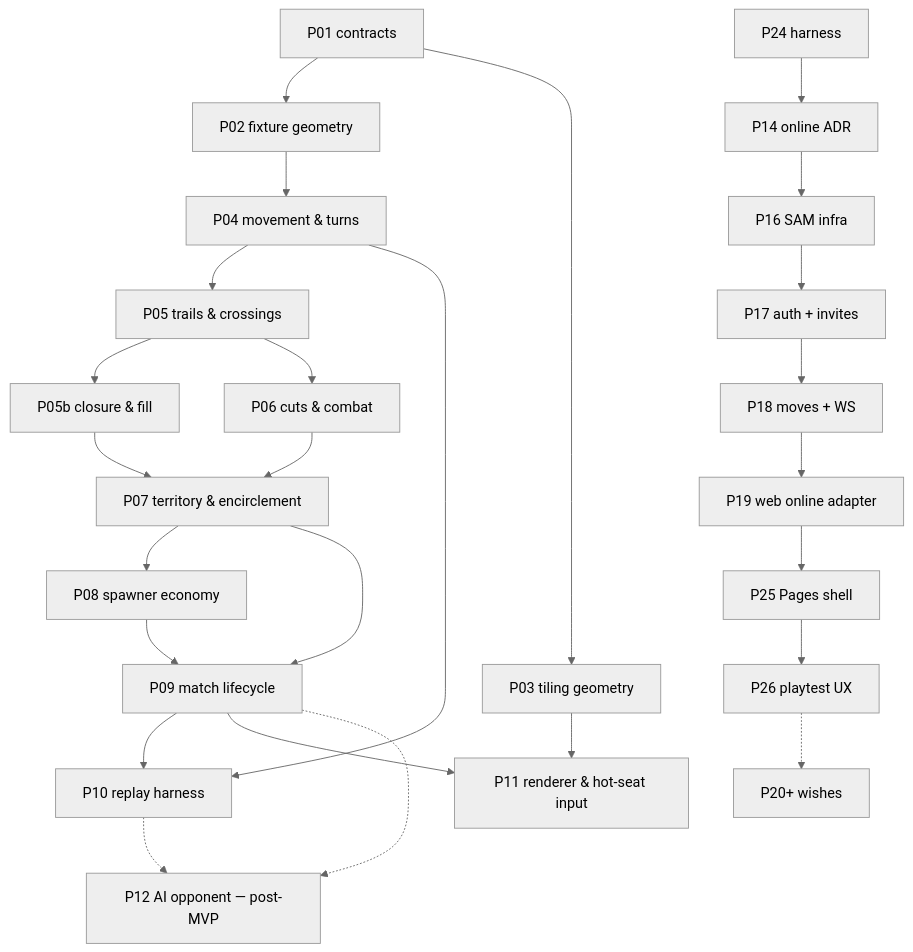
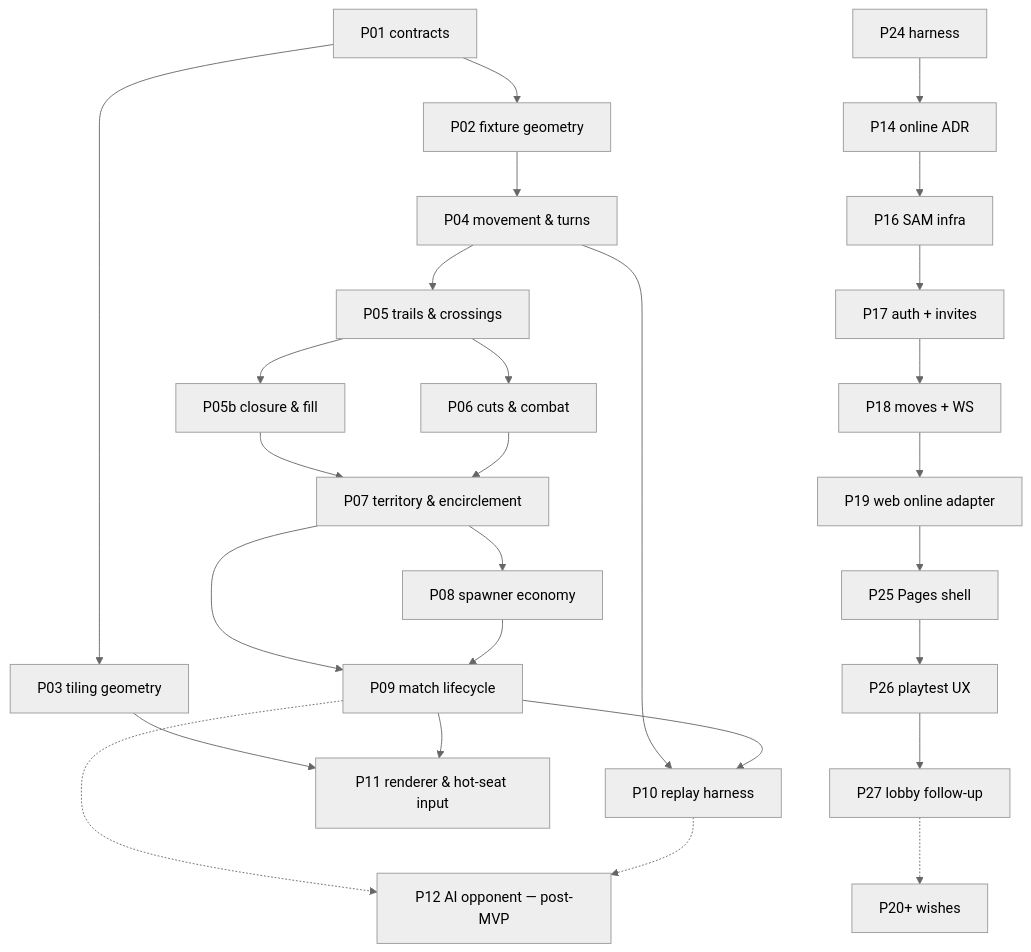
The diagram in docs/design/02-work-packets.md (hochgi/arrows_conqueror), drawn with Mermaid (neutral theme) before and after one commit. The commit also changed other lines of this file and 20 other files, not shown here.

First line of the commit message:
feat(web): P27 lobby follow-up (create wait, Player floor, GIS chooser)

````diff
--- a/docs/design/02-work-packets.md
+++ b/docs/design/02-work-packets.md
@@ -62,28 +63,29 @@
 ```mermaid
 flowchart TD
   P01["P01 contracts"] --> P02["P02 fixture geometry"]
   P01 --> P03["P03 tiling geometry"]
   P02 --> P04["P04 movement & turns"]
   P04 --> P05["P05 trails & crossings"]
   P05 --> P05B["P05b closure & fill"]
   P05 --> P06["P06 cuts & combat"]
   P05B --> P07["P07 territory & encirclement"]
   P06 --> P07
   P07 --> P08["P08 spawner economy"]
   P07 --> P09["P09 match lifecycle"]
   P08 --> P09
   P04 --> P10["P10 replay harness"]
   P09 --> P10
   P03 --> P11["P11 renderer & hot-seat input"]
   P09 --> P11
   P09 -.-> P12["P12 AI opponent — post-MVP"]
   P10 -.-> P12
   P24["P24 harness"] --> P14["P14 online ADR"]
   P14 --> P16["P16 SAM infra"]
   P16 --> P17["P17 auth + invites"]
   P17 --> P18["P18 moves + WS"]
   P18 --> P19["P19 web online adapter"]
   P19 --> P25["P25 Pages shell"]
   P25 --> P26["P26 playtest UX"]
-  P26 -.-> P20["P20+ wishes"]
+  P26 --> P27["P27 lobby follow-up"]
+  P27 -.-> P20["P20+ wishes"]
 ```
````
